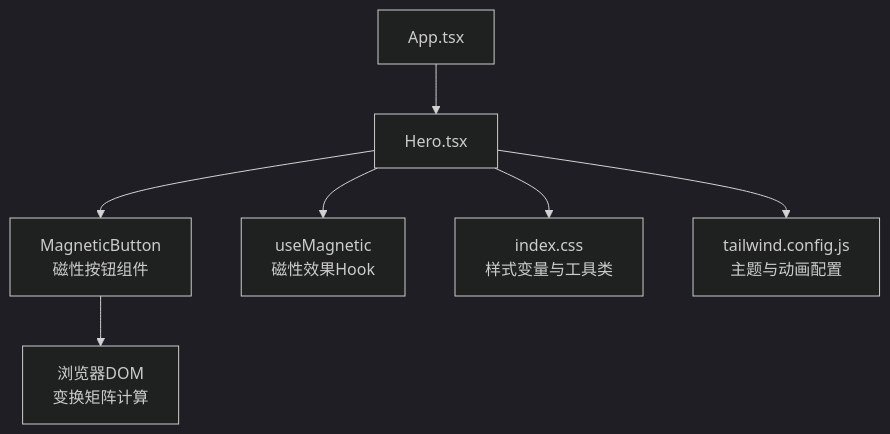
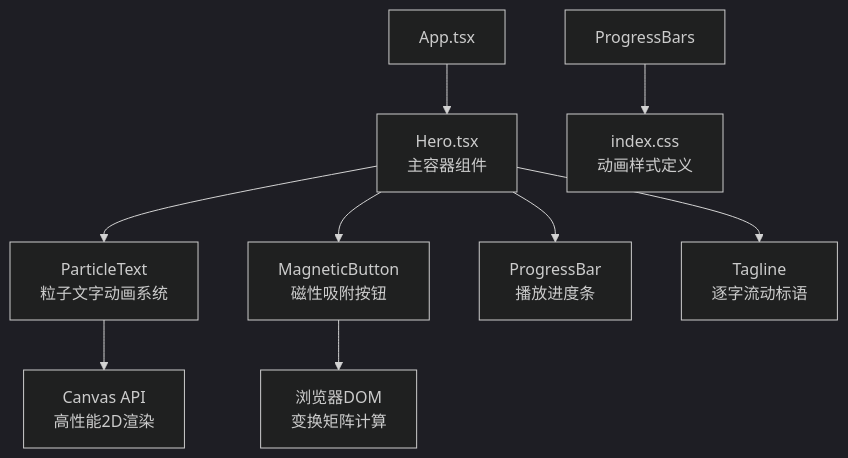
Before and after one commit to Primoguo/naolizhi.cn: the first of 4 diagrams in .qoder/repowiki/zh/content/架构设计/组件架构/页面组件/Hero组件.md, drawn with Mermaid (dark theme). The commit also changed other lines of this file and 73 other files, not shown here.

````diff
--- a/.qoder/repowiki/zh/content/架构设计/组件架构/页面组件/Hero组件.md
+++ b/.qoder/repowiki/zh/content/架构设计/组件架构/页面组件/Hero组件.md
@@ -39,9 +38,11 @@
 ```mermaid
 graph TB
-App["App.tsx"] --> Hero["Hero.tsx"]
-Hero --> MagneticButton["MagneticButton<br/>磁性按钮组件"]
-Hero --> useMagnetic["useMagnetic<br/>磁性效果Hook"]
-Hero --> CSS["index.css<br/>样式变量与工具类"]
-Hero --> TW["tailwind.config.js<br/>主题与动画配置"]
+App["App.tsx"] --> Hero["Hero.tsx<br/>主容器组件"]
+Hero --> ParticleText["ParticleText<br/>粒子文字动画系统"]
+Hero --> MagneticButton["MagneticButton<br/>磁性吸附按钮"]
+Hero --> ProgressBar["ProgressBar<br/>播放进度条"]
+Hero --> Tagline["Tagline<br/>逐字流动标语"]
+ParticleText --> Canvas["Canvas API<br/>高性能2D渲染"]
 MagneticButton --> DOM["浏览器DOM<br/>变换矩阵计算"]
+ProgressBars --> CSS["index.css<br/>动画样式定义"]
 ```
````
